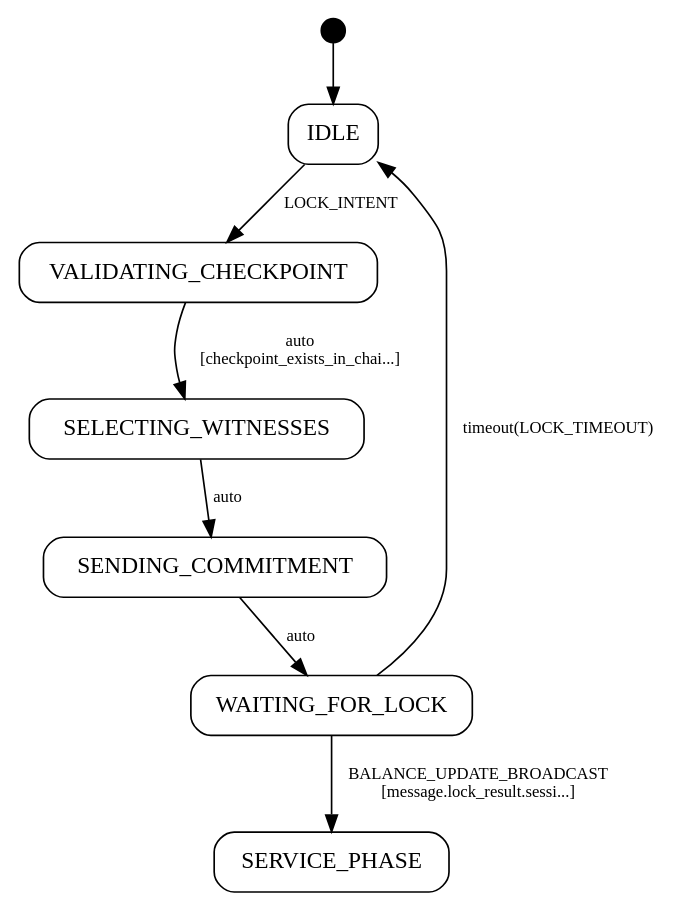
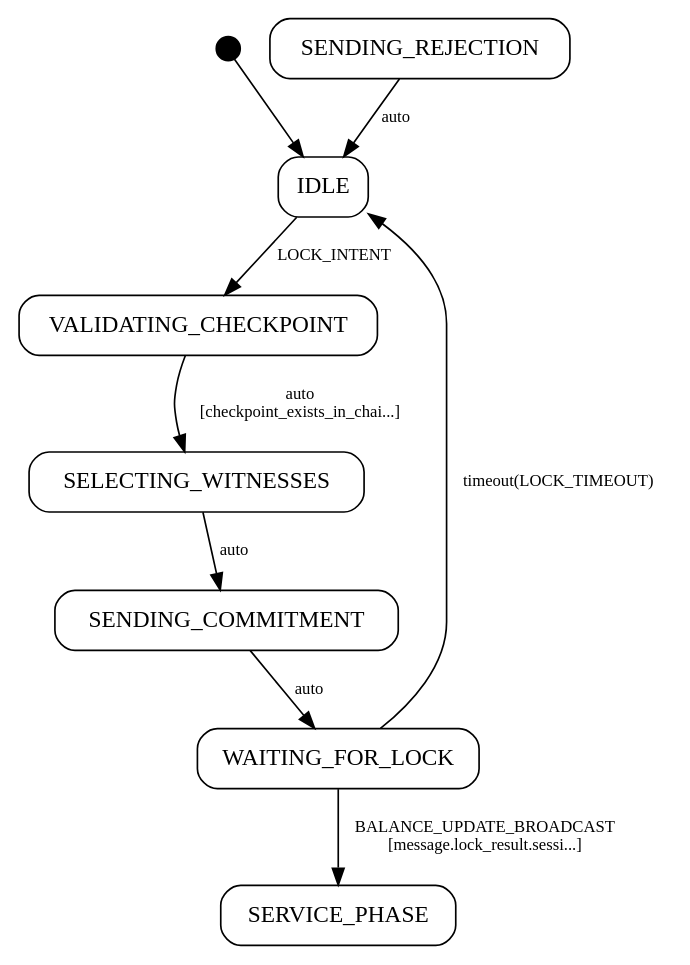
Before and after one commit to mjtomei/omerta_node: the diagram in docs/protocol/transactions/graphs/00_escrow_lock_provider.dot, drawn with Graphviz. The commit also changed 36 other files, not shown here.

First line of the commit message:
Rename schema references to transaction and add DSL features

```diff
--- a/docs/protocol/transactions/graphs/00_escrow_lock_provider.dot
+++ b/docs/protocol/transactions/graphs/00_escrow_lock_provider.dot
@@ -1,16 +1,17 @@
 digraph {
     rankdir=TB;
     node [shape=box, style=rounded];
     edge [fontsize=10];
 
     __start__ [shape=point, width=0.2];
     __start__ -> IDLE;
 
 
     IDLE -> VALIDATING_CHECKPOINT [label="LOCK_INTENT"];
     VALIDATING_CHECKPOINT -> SELECTING_WITNESSES [label="auto\n[checkpoint_exists_in_chai...]"];
+    SENDING_REJECTION -> IDLE [label="auto"];
     SELECTING_WITNESSES -> SENDING_COMMITMENT [label="auto"];
     SENDING_COMMITMENT -> WAITING_FOR_LOCK [label="auto"];
     WAITING_FOR_LOCK -> SERVICE_PHASE [label="BALANCE_UPDATE_BROADCAST\n[message.lock_result.sessi...]"];
     WAITING_FOR_LOCK -> IDLE [label="timeout(LOCK_TIMEOUT)"];
 }
```
